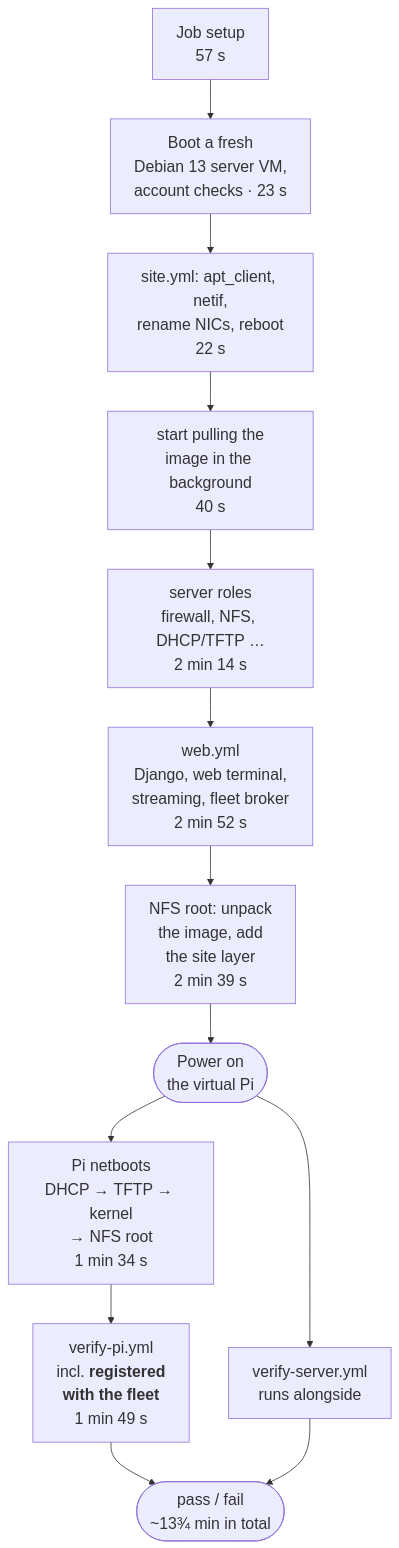
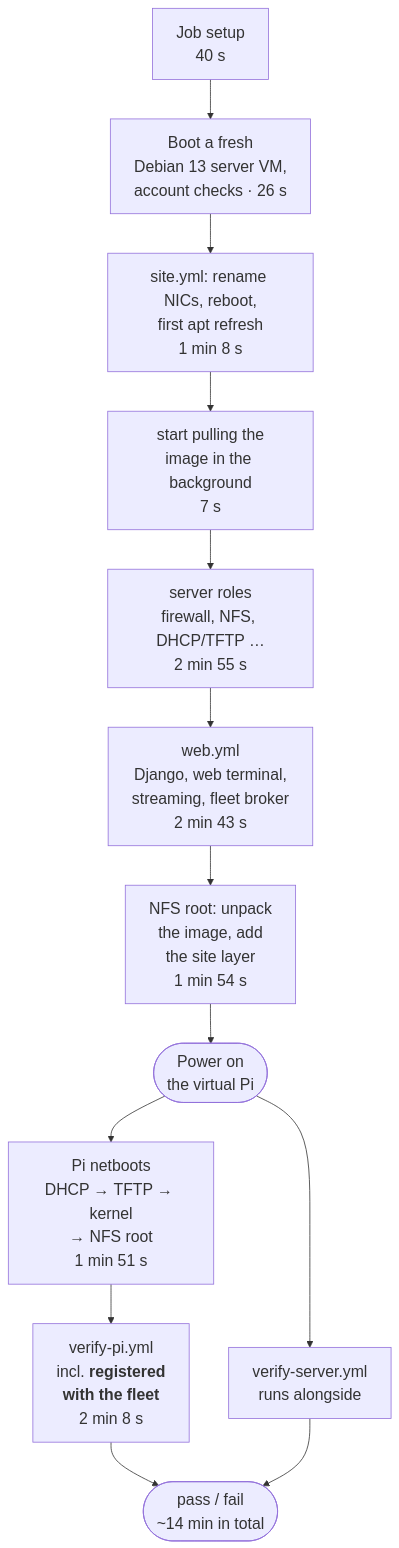
The third of 3 diagrams in docs/ci.md (fpgas-online/fpgas.online-infra), drawn with Mermaid before and after one commit. The commit also changed other lines of this file, not shown here.

````diff
--- a/docs/ci.md
+++ b/docs/ci.md
@@ -153,19 +153,19 @@
 ```mermaid
 %%{init: {"themeVariables": {"fontSize": "20px"}}}%%
 flowchart TB
-    setup["Job setup<br/>57 s"]
-    srv["Boot a fresh<br/>Debian 13 server VM,<br/>account checks · 23 s"]
-    s1["site.yml: apt_client, netif,<br/>rename NICs, reboot<br/>22 s"]
-    s2["start pulling the<br/>image in the background<br/>40 s"]
-    s3["server roles<br/>firewall, NFS, DHCP/TFTP …<br/>2 min 14 s"]
-    s4["web.yml<br/>Django, web terminal,<br/>streaming, fleet broker<br/>2 min 52 s"]
-    s5["NFS root: unpack<br/>the image, add<br/>the site layer<br/>2 min 39 s"]
+    setup["Job setup<br/>40 s"]
+    srv["Boot a fresh<br/>Debian 13 server VM,<br/>account checks · 26 s"]
+    s1["site.yml: rename NICs, reboot,<br/>first apt refresh<br/>1 min 8 s"]
+    s2["start pulling the<br/>image in the background<br/>7 s"]
+    s3["server roles<br/>firewall, NFS, DHCP/TFTP …<br/>2 min 55 s"]
+    s4["web.yml<br/>Django, web terminal,<br/>streaming, fleet broker<br/>2 min 43 s"]
+    s5["NFS root: unpack<br/>the image, add<br/>the site layer<br/>1 min 54 s"]
     pion(["Power on<br/>the virtual Pi"])
-    boot["Pi netboots<br/>DHCP → TFTP → kernel<br/>→ NFS root<br/>1 min 34 s"]
-    vp["verify-pi.yml<br/>incl. <b>registered<br/>with the fleet</b><br/>1 min 49 s"]
+    boot["Pi netboots<br/>DHCP → TFTP → kernel<br/>→ NFS root<br/>1 min 51 s"]
+    vp["verify-pi.yml<br/>incl. <b>registered<br/>with the fleet</b><br/>2 min 8 s"]
     vs["verify-server.yml<br/>runs alongside"]
-    result(["pass / fail<br/>~13¾ min in total"])
+    result(["pass / fail<br/>~14 min in total"])
     setup --> srv --> s1 --> s2 --> s3 --> s4 --> s5 --> pion
     pion --> boot --> vp --> result
     pion --> vs --> result
 ```
````
